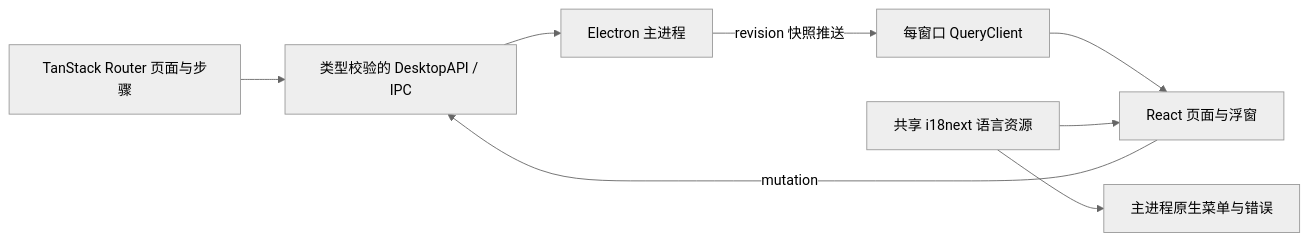
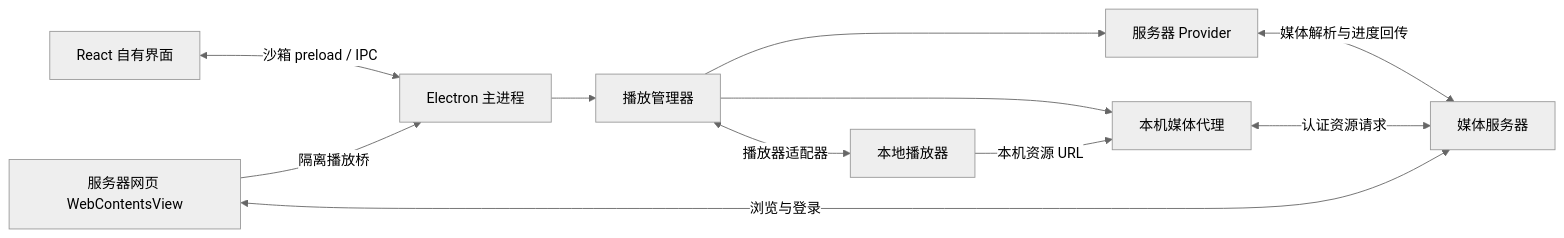
One commit to elonzh/freebo changed the first of 2 diagrams in docs/architecture.md. Above: the diagram before and after it, drawn with Mermaid (neutral theme). The commit also changed other lines of this file and 11 other files, not shown here.

````diff
--- a/docs/architecture.md
+++ b/docs/architecture.md
@@ -19,10 +9,13 @@
 ```mermaid
 flowchart LR
-    Route["TanStack Router 页面与步骤"] --> Native["类型校验的 DesktopAPI / IPC"]
-    Native --> Main["Electron 主进程"]
-    Main -->|"revision 快照推送"| Query["每窗口 QueryClient"]
-    Query --> UI["React 页面与浮窗"]
-    UI -->|"mutation"| Native
-    Locale["共享 i18next 语言资源"] --> UI
-    Locale --> Menu["主进程原生菜单与错误"]
+    UI["React 自有界面"] <-->|"沙箱 preload / IPC"| Main["Electron 主进程"]
+    Web["服务器网页 WebContentsView"] -->|"隔离播放桥"| Main
+    Web <-->|"浏览与登录"| Server["媒体服务器"]
+    Main --> Playback["播放管理器"]
+    Playback --> Provider["服务器 Provider"]
+    Provider <-->|"媒体解析与进度回传"| Server
+    Playback --> Proxy["本机媒体代理"]
+    Proxy <-->|"认证资源请求"| Server
+    Playback <-->|"播放器适配器"| Player["本地播放器"]
+    Player -->|"本机资源 URL"| Proxy
 ```
````
